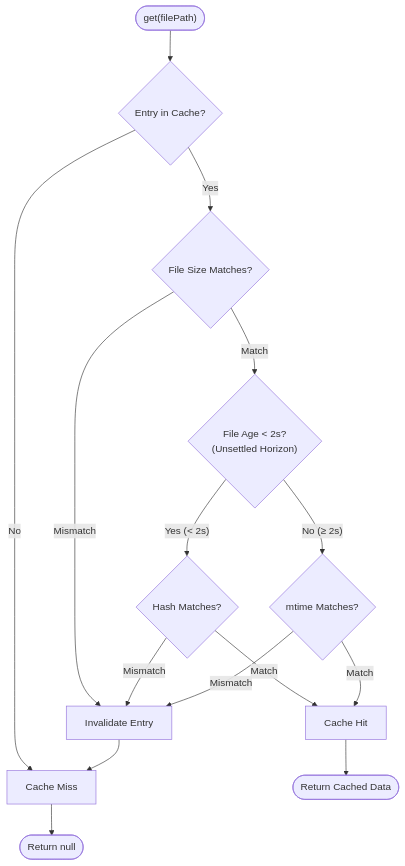
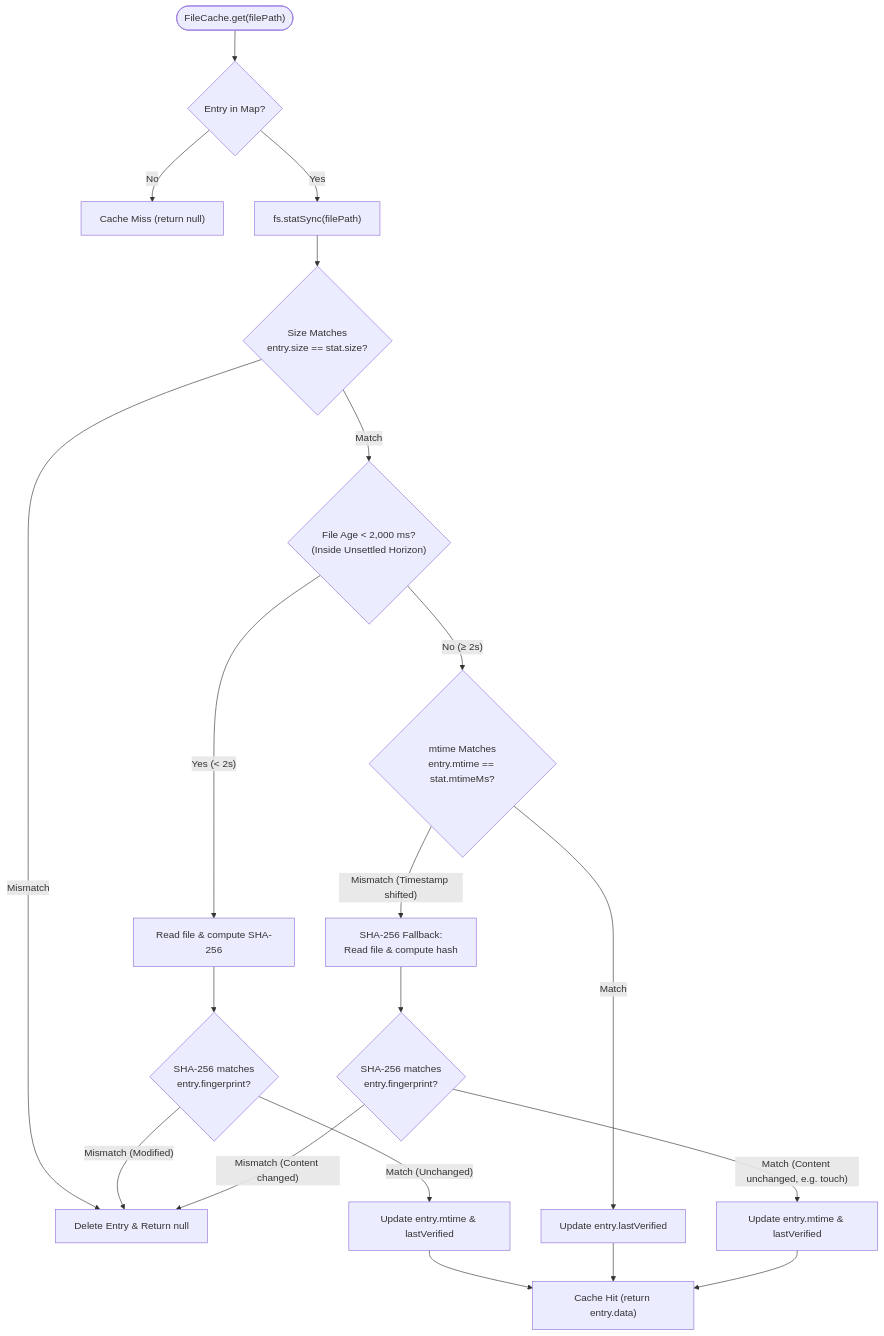
Before and after one commit to Kuldeep2822k/cli: the second of 2 diagrams in docs/04-3-vault-walker-and-file-cache.md, drawn with Mermaid. The commit also changed other lines of this file and 27 other files, not shown here.

````diff
--- a/docs/04-3-vault-walker-and-file-cache.md
+++ b/docs/04-3-vault-walker-and-file-cache.md
@@ -98,22 +102,30 @@
 ```mermaid
 flowchart TD
-    Start(["get(filePath)"]) --> CheckEntry{"Entry in Cache?"}
+    Start(["FileCache.get(filePath)"]) --> CheckEntry{"Entry in Map?"}
     
-    CheckEntry -- "No" --> CacheMiss["Cache Miss"]
-    CheckEntry -- "Yes" --> CheckSize{"File Size Matches?"}
+    CheckEntry -- "No" --> CacheMiss["Cache Miss (return null)"]
+    CheckEntry -- "Yes" --> Stat["fs.statSync(filePath)"]
     
-    CheckSize -- "Mismatch" --> Invalidate["Invalidate Entry"]
-    CheckSize -- "Match" --> CheckHorizon{"File Age &lt; 2s?<br/>(Unsettled Horizon)"}
+    Stat --> CheckSize{"Size Matches<br/>entry.size == stat.size?"}
+    CheckSize -- "Mismatch" --> Invalidate["Delete Entry & Return null"]
     
-    CheckHorizon -- "Yes (&lt; 2s)" --> CheckHash{"Hash Matches?"}
-    CheckHash -- "Match" --> CacheHit["Cache Hit"]
-    CheckHash -- "Mismatch" --> Invalidate
+    CheckSize -- "Match" --> CheckHorizon{"File Age &lt; 2,000 ms?<br/>(Inside Unsettled Horizon)"}
     
-    CheckHorizon -- "No (&ge; 2s)" --> CheckMtime{"mtime Matches?"}
-    CheckMtime -- "Match" --> CacheHit
-    CheckMtime -- "Mismatch" --> Invalidate
+    %% Inside Horizon Branch
+    CheckHorizon -- "Yes (&lt; 2s)" --> ReadHash1["Read file & compute SHA-256"]
+    ReadHash1 --> VerifyHash1{"SHA-256 matches<br/>entry.fingerprint?"}
+    VerifyHash1 -- "Mismatch (Modified)" --> Invalidate
+    VerifyHash1 -- "Match (Unchanged)" --> UpdateMtime1["Update entry.mtime & lastVerified"]
+    UpdateMtime1 --> CacheHit["Cache Hit (return entry.data)"]
     
-    Invalidate --> CacheMiss
-    CacheHit --> ReturnHit(["Return Cached Data"])
-    CacheMiss --> ReturnNull(["Return null"])
+    %% Outside Horizon Branch
+    CheckHorizon -- "No (&ge; 2s)" --> CheckMtime{"mtime Matches<br/>entry.mtime == stat.mtimeMs?"}
+    CheckMtime -- "Match" --> UpdateVerified["Update entry.lastVerified"]
+    UpdateVerified --> CacheHit
+    
+    CheckMtime -- "Mismatch (Timestamp shifted)" --> ReadHash2["SHA-256 Fallback:<br/>Read file & compute hash"]
+    ReadHash2 --> VerifyHash2{"SHA-256 matches<br/>entry.fingerprint?"}
+    VerifyHash2 -- "Mismatch (Content changed)" --> Invalidate
+    VerifyHash2 -- "Match (Content unchanged, e.g. touch)" --> UpdateMtime2["Update entry.mtime & lastVerified"]
+    UpdateMtime2 --> CacheHit
 ```
````
